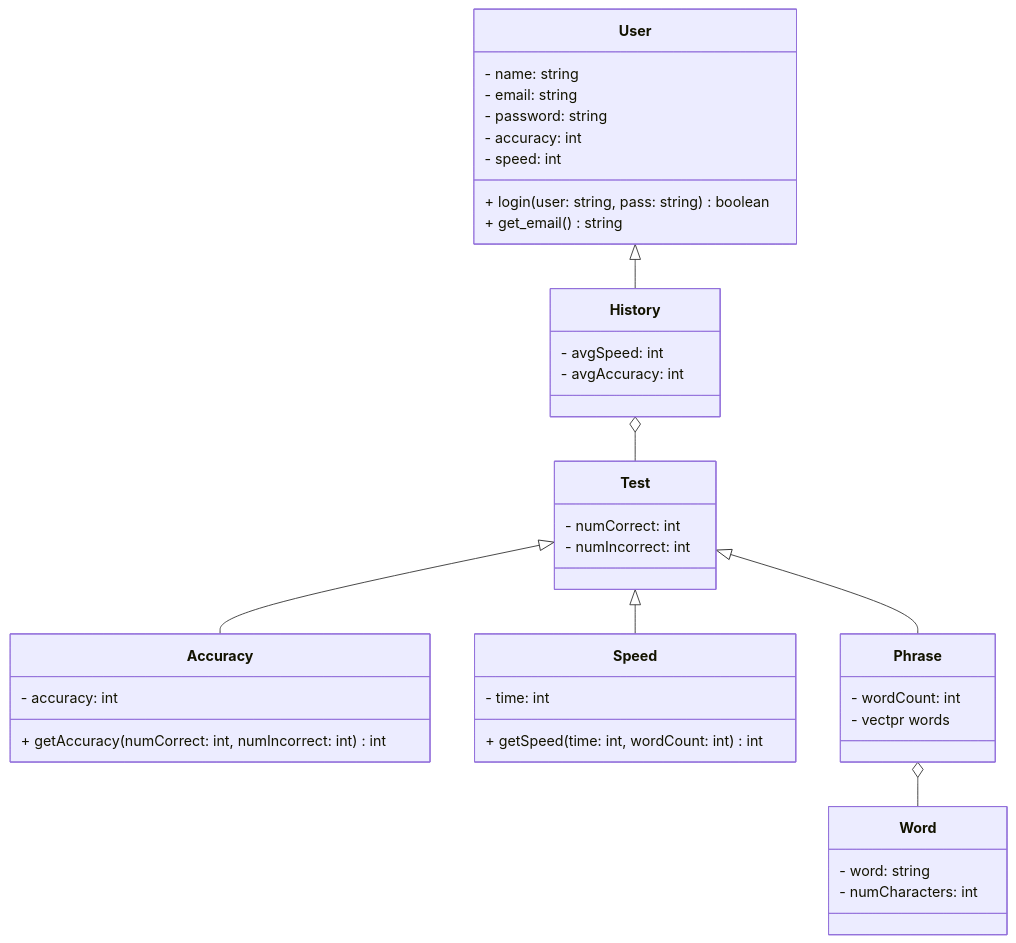
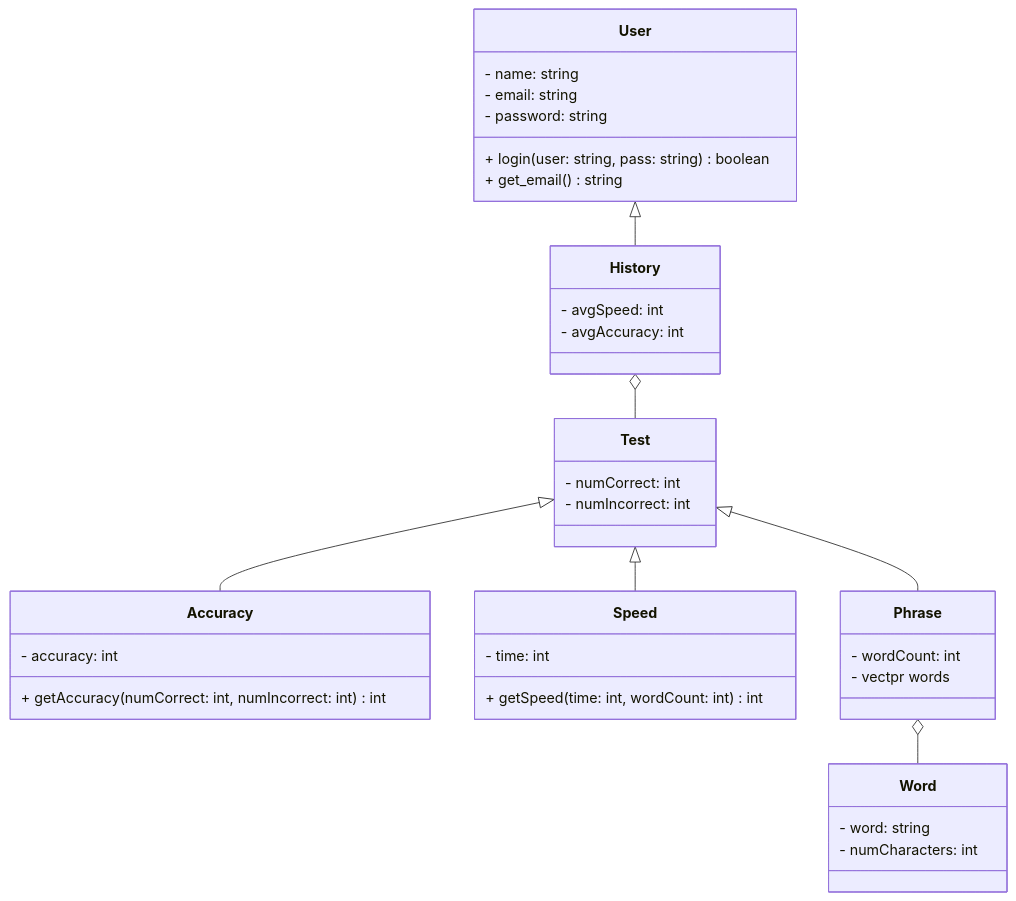
One commit to sbandaya/tippitytappity-design changed the diagram in README.md. Above: the diagram before and after it, drawn with Mermaid.

Commit message:
Remove accuracy and speed from User class
Removed accuracy and speed properties from User class

````diff
--- a/README.md
+++ b/README.md
@@ -8,44 +8,42 @@
 ```mermaid
 classDiagram
   Test <|-- Accuracy
   Test <|-- Speed
   Test <|-- Phrase
   User <|-- History
   History o-- Test
   Phrase o-- Word
   
   class User{
         - name: string
         - email: string
         - password: string
-        - accuracy: int
-        - speed: int
         + login(user: string, pass: string) boolean
         + get_email() string
   }
   class Accuracy{
         - accuracy: int
         + getAccuracy( numCorrect: int, numIncorrect: int) int 
   }
   class Speed{
         - time: int
         + getSpeed(time: int, wordCount: int) int
   }
   class Word{
         - word: string
         - numCharacters: int 
   }
   class Phrase{
         - wordCount: int
         - vectpr<string> words
   }
   class Test{
         - numCorrect: int
         - numIncorrect: int
   }
   class History{
         - avgSpeed: int
         - avgAccuracy: int
   }
   
 ```
````
